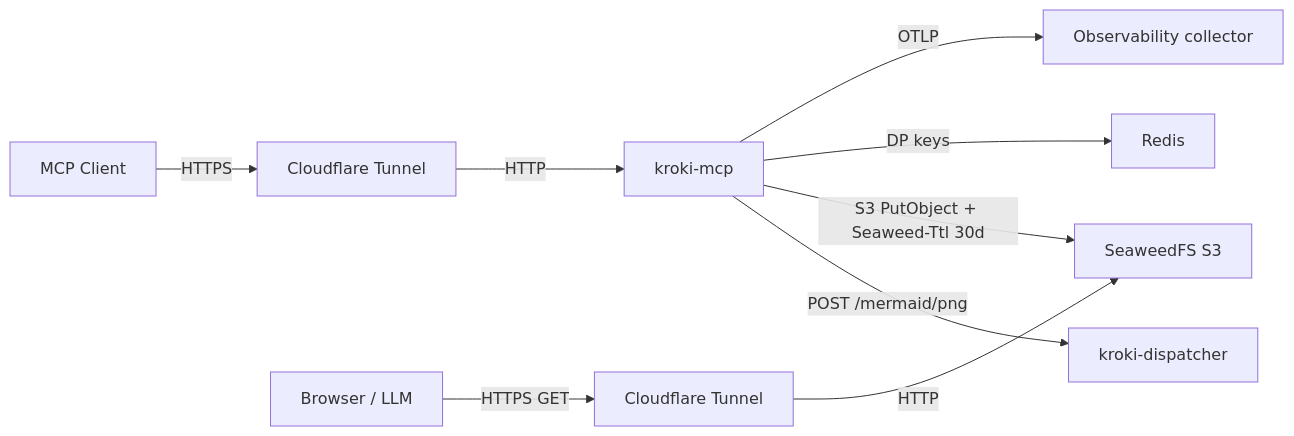
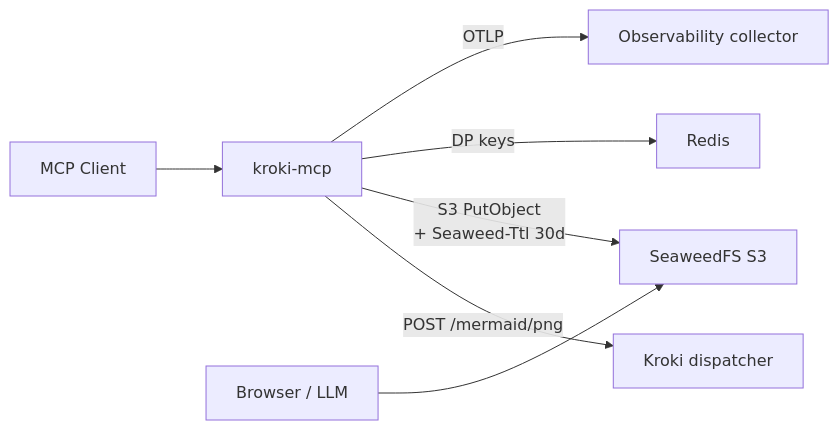
Before and after one commit to andyjmorgan/kroki-mcp: the diagram in README.md, drawn with Mermaid. The commit also changed other lines of this file, not shown here.

First line of the commit message:
docs: trim README to project-level architecture only

````diff
--- a/README.md
+++ b/README.md
@@ -5,11 +5,9 @@
 ```mermaid
 flowchart LR
-    Client[MCP Client] -->|HTTPS| CF[Cloudflare Tunnel]
-    CF -->|HTTP| MCP[kroki-mcp]
-    MCP -->|POST /mermaid/png| Kroki[kroki-dispatcher]
-    MCP -->|S3 PutObject + Seaweed-Ttl 30d| SW[SeaweedFS S3]
+    Client[MCP Client] --> MCP[kroki-mcp]
+    MCP -->|POST /mermaid/png| Kroki[Kroki dispatcher]
+    MCP -->|S3 PutObject<br/>+ Seaweed-Ttl 30d| SW[SeaweedFS S3]
     MCP -->|DP keys| Redis[Redis]
-    User[Browser / LLM] -->|HTTPS GET| CF2[Cloudflare Tunnel]
-    CF2 -->|HTTP| SW
+    User[Browser / LLM] --> SW
     MCP -->|OTLP| Otel[Observability collector]
 ```
````
